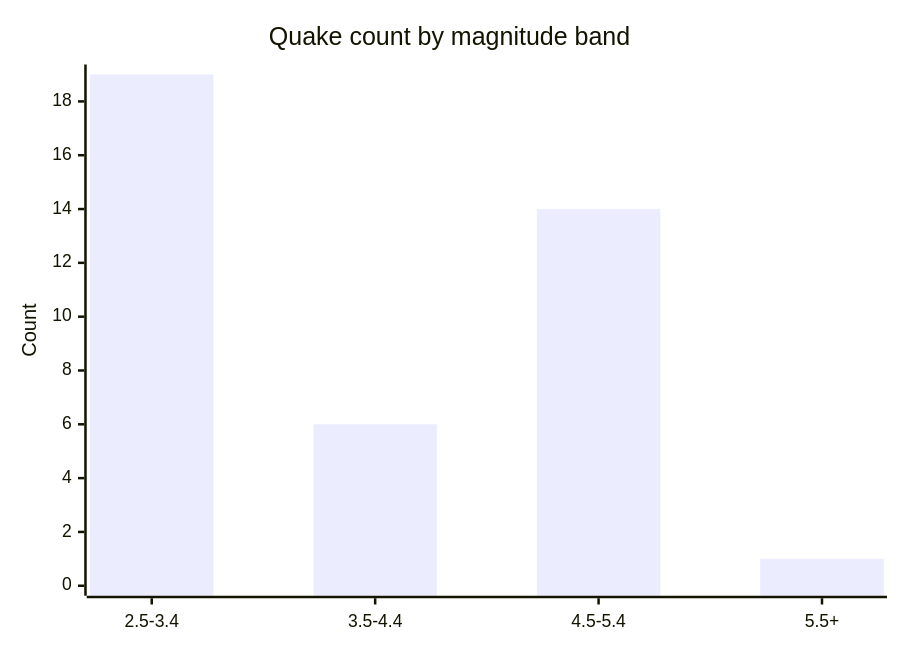
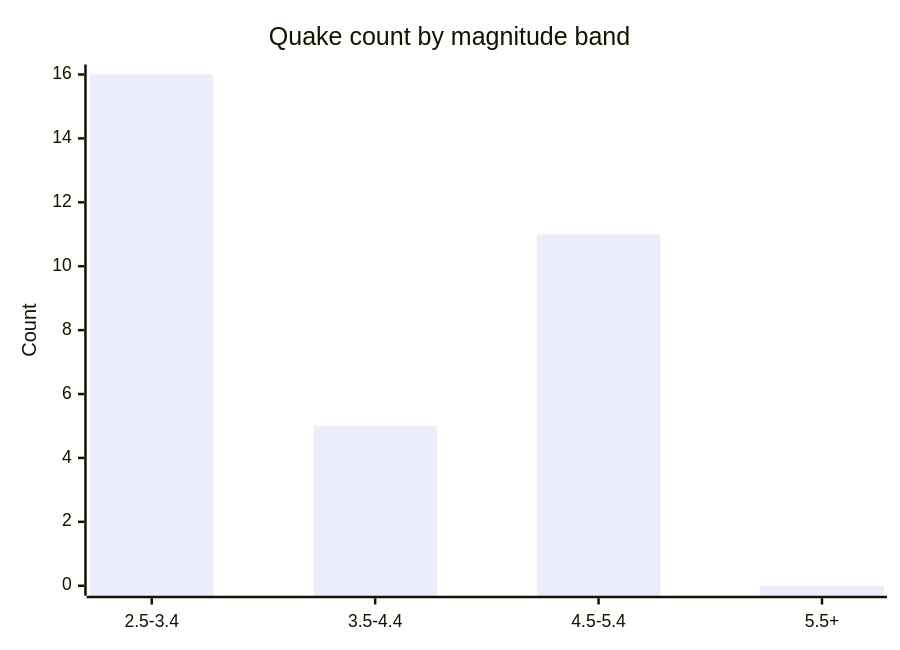
The fifth of 6 diagrams in docs/GRAPHS.md (Midwest-Stratospheric/aerostratospheric-defense-gir), drawn with Mermaid before and after one commit. The commit also changed other lines of this file and 26 other files, not shown here.

````diff
--- a/docs/GRAPHS.md
+++ b/docs/GRAPHS.md
@@ -82,7 +82,7 @@
 ```mermaid
 xychart-beta
   title "Quake count by magnitude band"
   x-axis ["2.5-3.4", "3.5-4.4", "4.5-5.4", "5.5+"]
-  y-axis "Count" 0 --> 19
-  bar [19, 6, 14, 1]
+  y-axis "Count" 0 --> 16
+  bar [16, 5, 11, 0]
 ```
````
